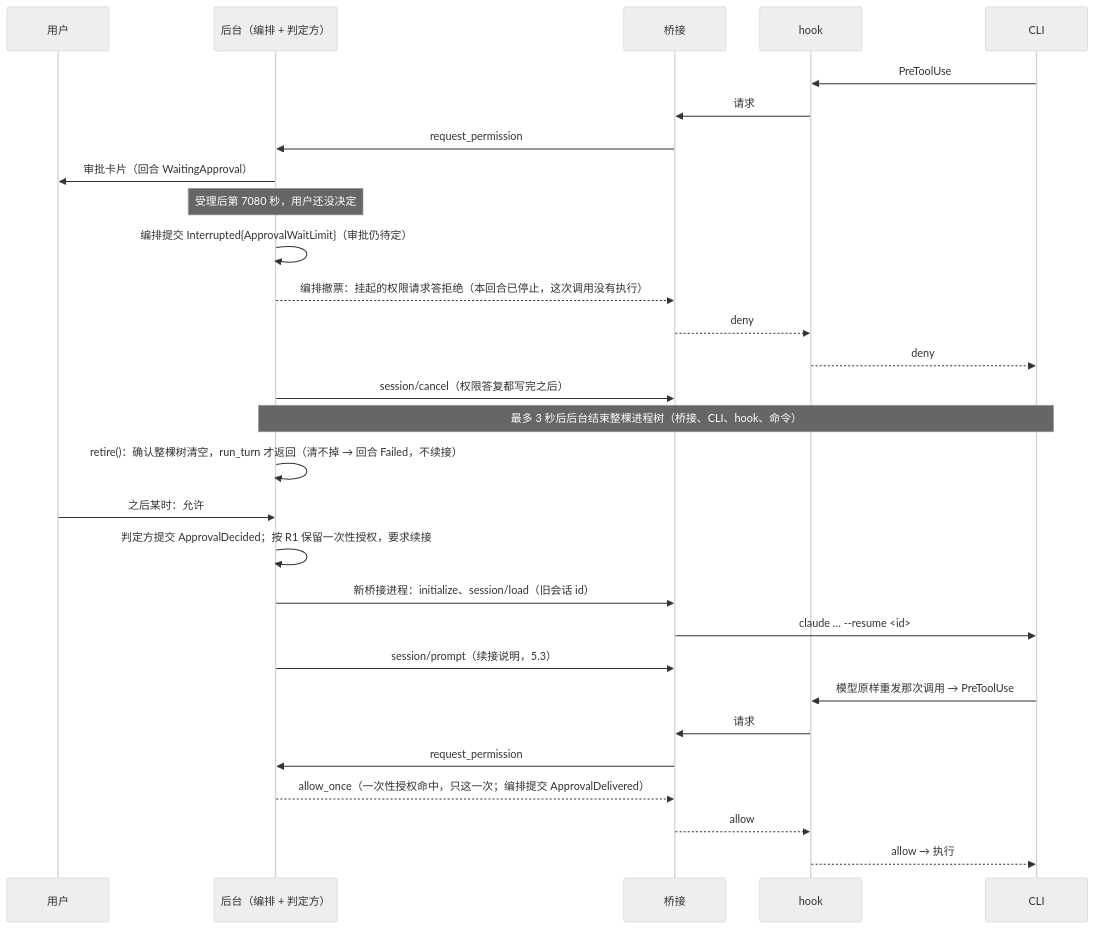
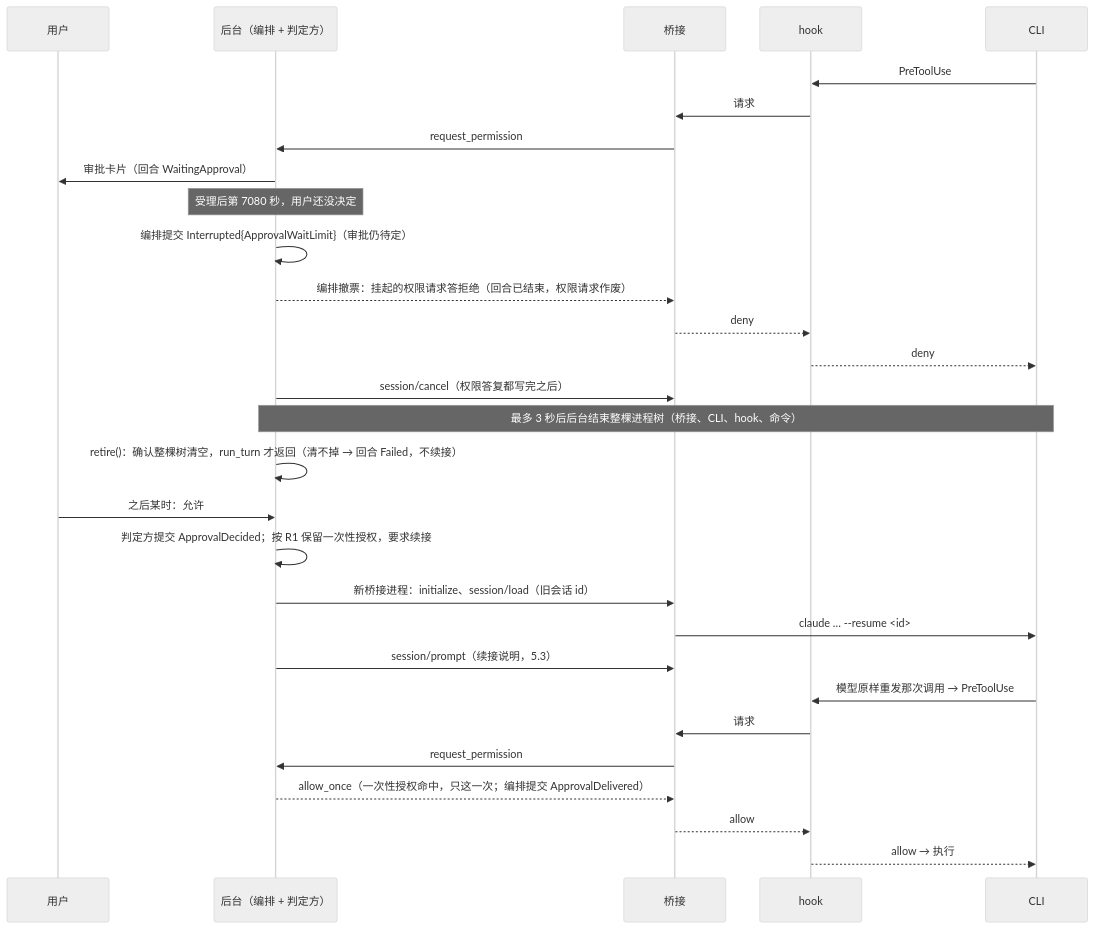
The second of 2 diagrams in docs/plans/T06.md (mrkizy/iWork), drawn with Mermaid (neutral theme) before and after one commit. The commit also changed other lines of this file, not shown here.

Commit message:
T06 方案：撤票的拒绝文字沿用 TURN_GONE_MESSAGE（S2 实施期改定）

````diff
--- a/docs/plans/T06.md
+++ b/docs/plans/T06.md
@@ -618,31 +618,31 @@
 ```mermaid
 sequenceDiagram
     participant U as 用户
     participant D as 后台（编排 + 判定方）
     participant B as 桥接
     participant H as hook
     participant C as CLI
     C->>H: PreToolUse
     H->>B: 请求
     B->>D: request_permission
     D->>U: 审批卡片（回合 WaitingApproval）
     Note over D: 受理后第 7080 秒，用户还没决定
     D->>D: 编排提交 Interrupted{ApprovalWaitLimit}（审批仍待定）
-    D-->>B: 编排撤票：挂起的权限请求答拒绝（本回合已停止，这次调用没有执行）
+    D-->>B: 编排撤票：挂起的权限请求答拒绝（回合已结束，权限请求作废）
     B-->>H: deny
     H-->>C: deny
     D->>B: session/cancel（权限答复都写完之后）
     Note over D,C: 最多 3 秒后后台结束整棵进程树（桥接、CLI、hook、命令）
     D->>D: retire()：确认整棵树清空，run_turn 才返回（清不掉 → 回合 Failed，不续接）
     U->>D: 之后某时：允许
     D->>D: 判定方提交 ApprovalDecided；按 R1 保留一次性授权，要求续接
     D->>B: 新桥接进程：initialize、session/load（旧会话 id）
     B->>C: claude … --resume <id>
     D->>B: session/prompt（续接说明，5.3）
     C->>H: 模型原样重发那次调用 → PreToolUse
     H->>B: 请求
     B->>D: request_permission
     D-->>B: allow_once（一次性授权命中，只这一次；编排提交 ApprovalDelivered）
     B-->>H: allow
     H-->>C: allow → 执行
 ```
````
